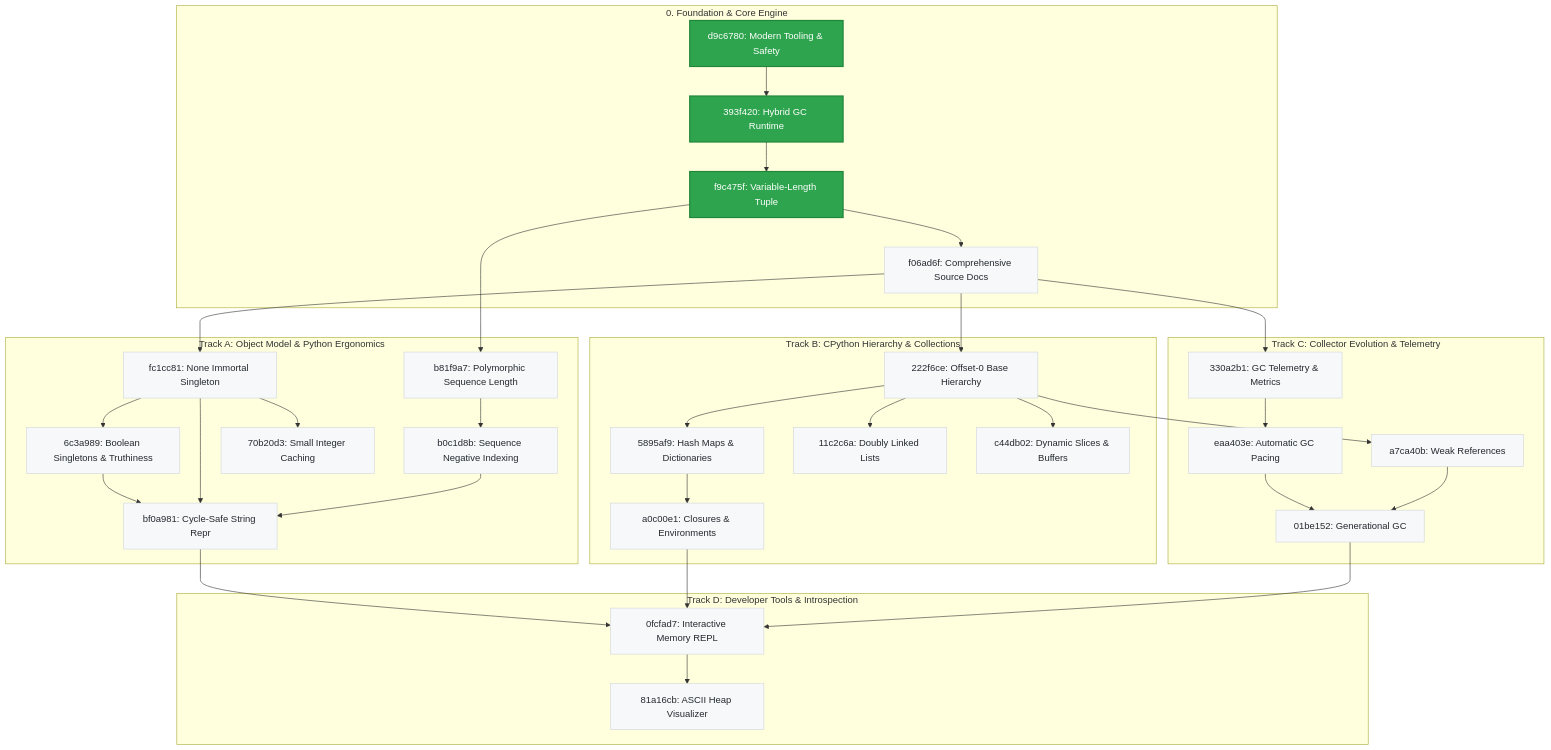
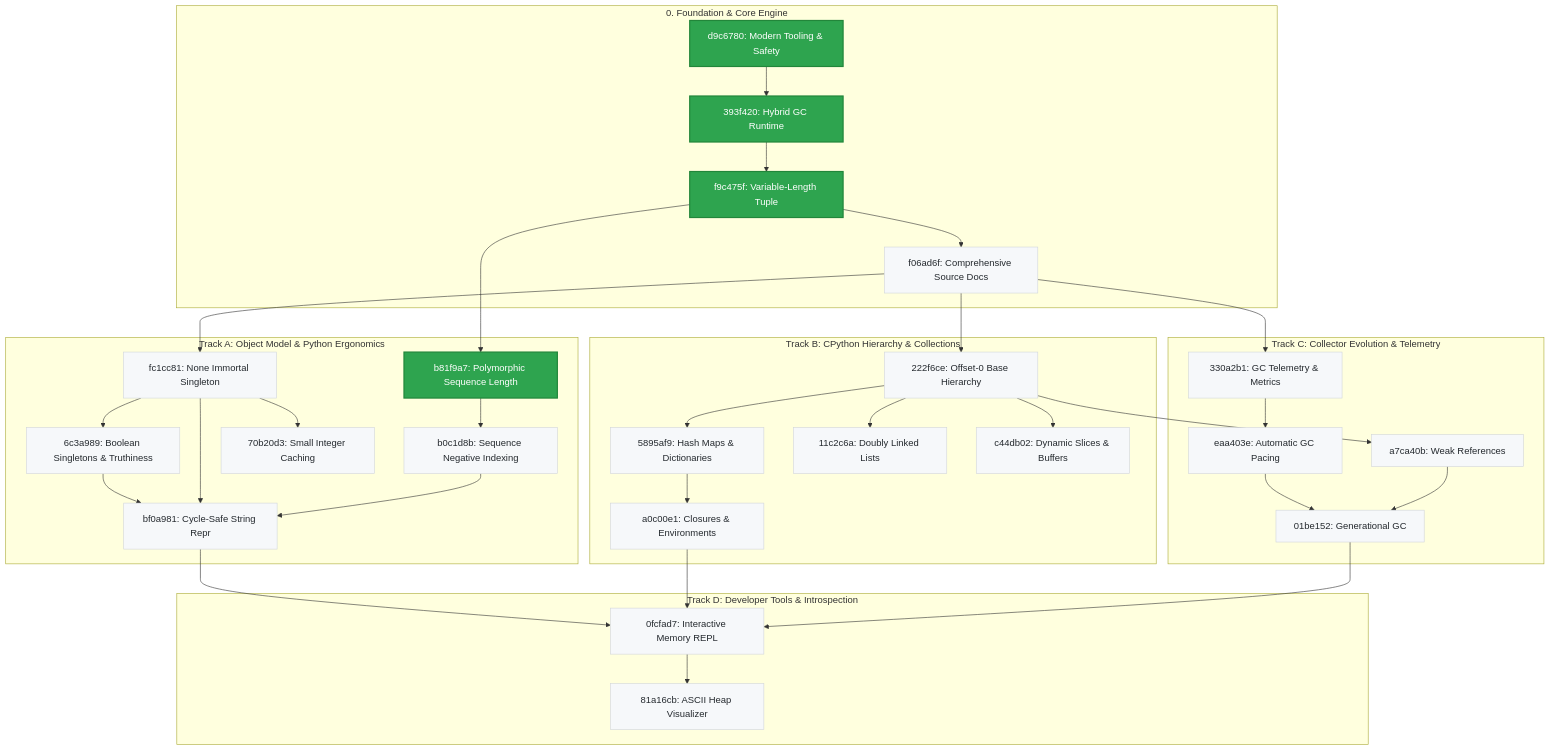
Before and after one commit to bwrob/trash-gather: the diagram in roadmap/README.md, drawn with Mermaid. The commit also changed other lines of this file and 10 other files, not shown here.

First line of the commit message:
feat: polymorphic sequence length protocol and const invariants

````diff
--- a/roadmap/README.md
+++ b/roadmap/README.md
@@ -13,72 +13,72 @@
 ```mermaid
 flowchart TD
   classDef completed fill:#2ea44f,stroke:#22863a,color:#ffffff,stroke-width:2px;
   classDef inProgress fill:#d9a826,stroke:#b08800,color:#ffffff,stroke-width:2px;
   classDef planned fill:#f6f8fa,stroke:#d1d5da,color:#24292e,stroke-width:1px;
 
   subgraph Phase0 ["0. Foundation & Core Engine"]
     m_tooling["d9c6780: Modern Tooling & Safety"]:::completed
     m_hybrid["393f420: Hybrid GC Runtime"]:::completed
     m_tuple["f9c475f: Variable-Length Tuple"]:::completed
     m_doc["f06ad6f: Comprehensive Source Docs"]:::planned
   end
 
   subgraph TrackA ["Track A: Object Model & Python Ergonomics"]
-    m_seqlen["b81f9a7: Polymorphic Sequence Length"]:::planned
+    m_seqlen["b81f9a7: Polymorphic Sequence Length"]:::completed
     m_negidx["b0c1d8b: Sequence Negative Indexing"]:::planned
     m_none["fc1cc81: None Immortal Singleton"]:::planned
     m_bool["6c3a989: Boolean Singletons & Truthiness"]:::planned
     m_smallint["70b20d3: Small Integer Caching"]:::planned
     m_repr["bf0a981: Cycle-Safe String Repr"]:::planned
   end
 
   subgraph TrackB ["Track B: CPython Hierarchy & Collections"]
     m_offset0["222f6ce: Offset-0 Base Hierarchy"]:::planned
     m_dict["5895af9: Hash Maps & Dictionaries"]:::planned
     m_dll["11c2c6a: Doubly Linked Lists"]:::planned
     m_slice["c44db02: Dynamic Slices & Buffers"]:::planned
     m_closure["a0c00e1: Closures & Environments"]:::planned
   end
 
   subgraph TrackC ["Track C: Collector Evolution & Telemetry"]
     m_telem["330a2b1: GC Telemetry & Metrics"]:::planned
     m_pacing["eaa403e: Automatic GC Pacing"]:::planned
     m_weakref["a7ca40b: Weak References"]:::planned
     m_gen["01be152: Generational GC"]:::planned
   end
 
   subgraph TrackD ["Track D: Developer Tools & Introspection"]
     m_repl["0fcfad7: Interactive Memory REPL"]:::planned
     m_viz["81a16cb: ASCII Heap Visualizer"]:::planned
   end
 
   m_tooling --> m_hybrid
   m_hybrid --> m_tuple
   m_tuple --> m_doc
 
   m_tuple --> m_seqlen
   m_seqlen --> m_negidx
   m_doc --> m_none
   m_none --> m_bool
   m_none --> m_smallint
   m_bool --> m_repr
   m_none --> m_repr
   m_negidx --> m_repr
 
   m_doc --> m_offset0
   m_offset0 --> m_dict
   m_offset0 --> m_dll
   m_offset0 --> m_slice
   m_dict --> m_closure
 
   m_doc --> m_telem
   m_telem --> m_pacing
   m_offset0 --> m_weakref
   m_pacing --> m_gen
   m_weakref --> m_gen
 
   m_repr --> m_repl
   m_closure --> m_repl
   m_gen --> m_repl
   m_repl --> m_viz
 ```
````
